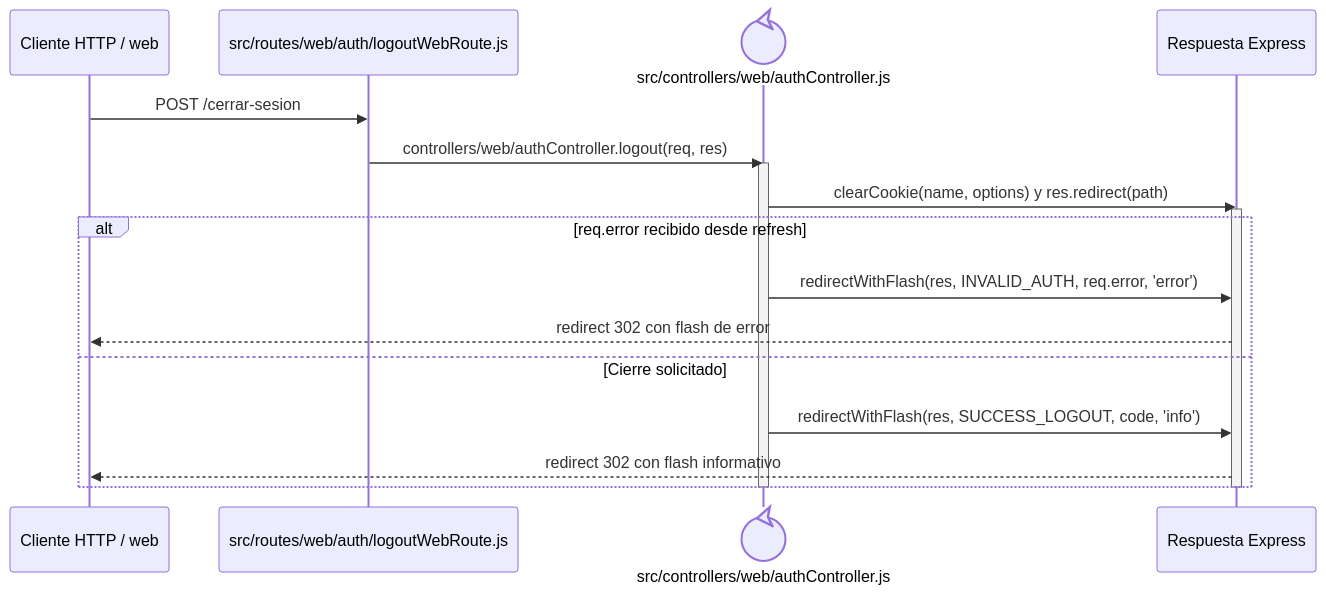
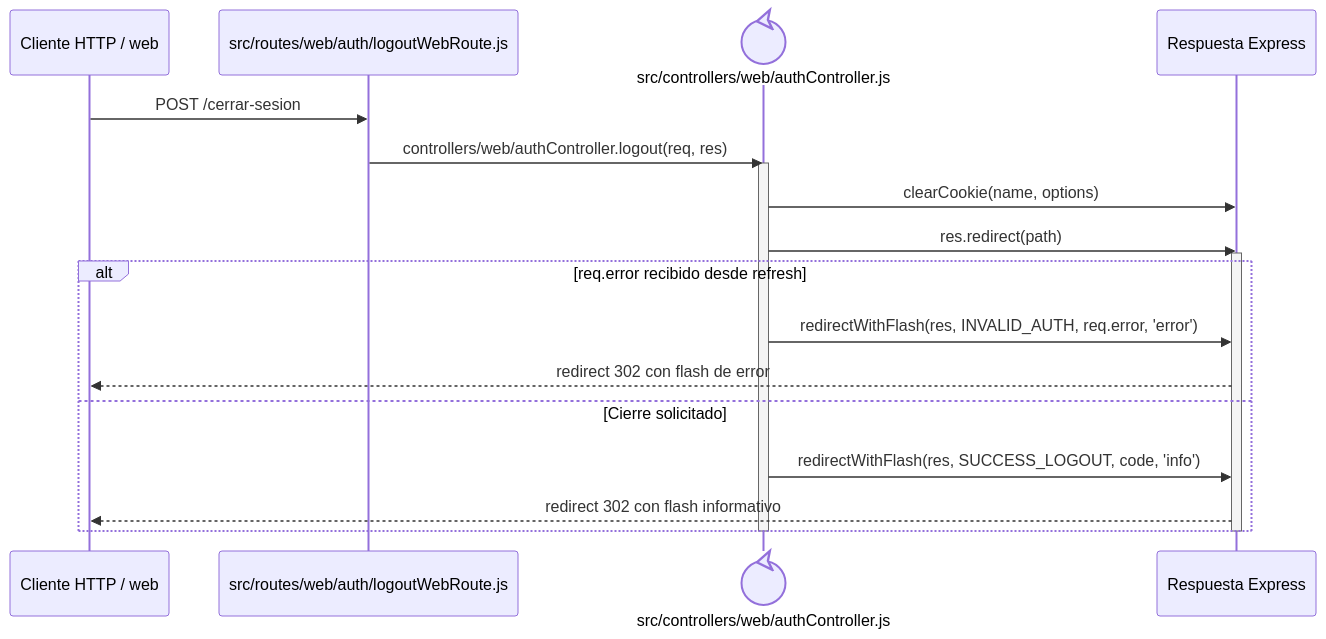
One commit to gpgsistemas01/nexus changed the diagram in docs/architecture/backend-code-sequences/authentication/cu-aut-02.md. Above: the diagram before and after it, drawn with Mermaid. The commit also changed 50 other files, not shown here.

Commit message:
docs: separar llamadas en diagramas de secuencia

````diff
--- a/docs/architecture/backend-code-sequences/authentication/cu-aut-02.md
+++ b/docs/architecture/backend-code-sequences/authentication/cu-aut-02.md
@@ -6,22 +6,23 @@
 ```mermaid
 sequenceDiagram
     participant Client as Cliente HTTP / web
     participant Route as src/routes/web/auth/logoutWebRoute.js
     participant Controller@{ "type": "control" } as src/controllers/web/authController.js
     participant Response as Respuesta Express
 
     Client->>Route: POST /cerrar-sesion
     Route->>Controller: controllers/web/authController.logout(req, res)
     activate Controller
-    Controller->>Response: clearCookie(name, options) y res.redirect(path)
+    Controller->>Response: clearCookie(name, options)
+    Controller->>Response: res.redirect(path)
     activate Response
     alt req.error recibido desde refresh
         Controller->>Response: redirectWithFlash(res, INVALID_AUTH, req.error, 'error')
         Response-->>Client: redirect 302 con flash de error
     else Cierre solicitado
         Controller->>Response: redirectWithFlash(res, SUCCESS_LOGOUT, code, 'info')
         Response-->>Client: redirect 302 con flash informativo
     end
     deactivate Response
     deactivate Controller
 ```
````
